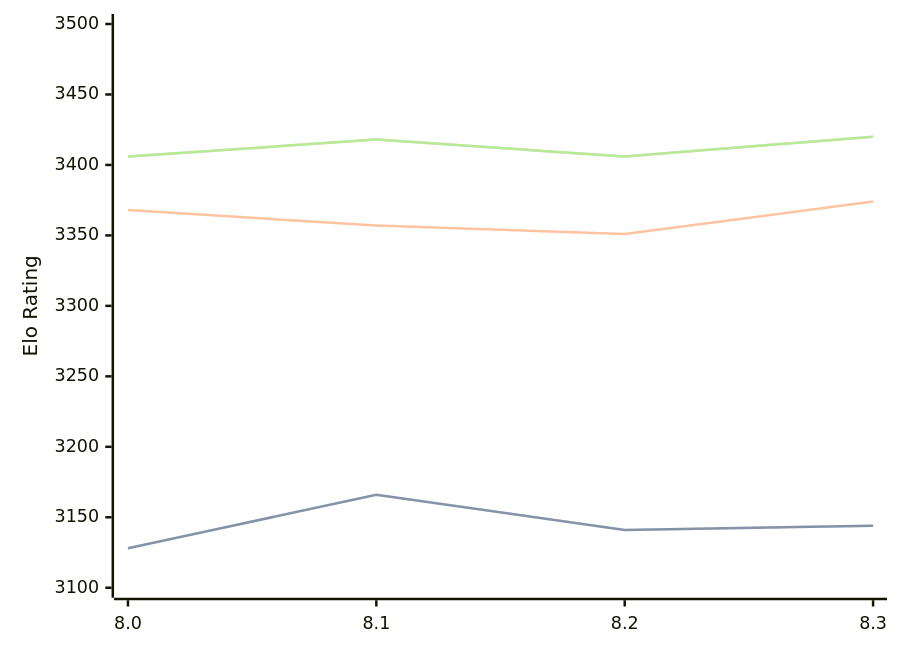
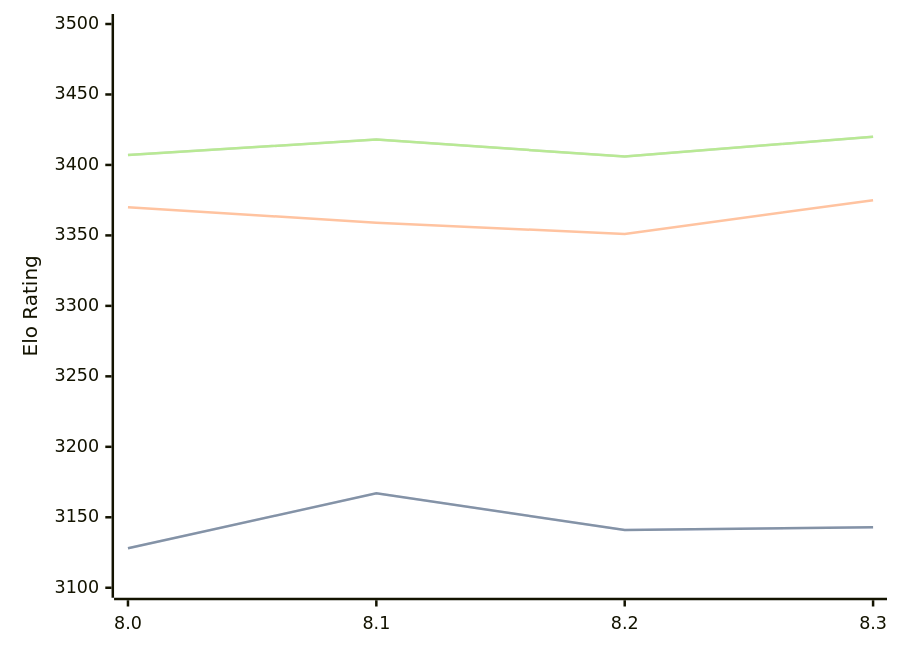
Before and after one commit to computer-chess-index/cci: the diagram in engines/Alexander.md, drawn with Mermaid. The commit also changed other lines of this file, not shown here.

Commit message:
Update CCI Ratings (ELO VLTC) - 2026-07-31

````diff
--- a/engines/Alexander.md
+++ b/engines/Alexander.md
@@ -48,11 +48,11 @@
 ```mermaid
 %%{init: {"theme":"base","themeVariables":{"seriesColors:['#a3a3a3','#222221','#faa371']}}}%%
 xychart-beta
   x-axis ["8.0", "8.1", "8.2", "8.3"]
   y-axis "Elo Rating" 3100 --> 3500
-  line "STC (8.0+0.08s)" [3128, 3166, 3141, 3144]
-  line "STC (8.0+0.08s)" [3128, 3166, 3141, 3144]
-  line "LTC (60.0+0.60s)" [3368, 3357, 3351, 3374]
-  line "VLTC (2m24s+1.12s)" [3406, 3418, 3406, 3420]
-  line "VLTC (2m24s+1.12s)" [3406, 3418, 3406, 3420]
+  line "STC (8.0+0.08s)" [3128, 3167, 3141, 3143]
+  line "STC (8.0+0.08s)" [3128, 3167, 3141, 3143]
+  line "LTC (60.0+0.60s)" [3370, 3359, 3351, 3375]
+  line "VLTC (2m24s+1.12s)" [3407, 3418, 3406, 3420]
+  line "VLTC (2m24s+1.12s)" [3407, 3418, 3406, 3420]
 ```
````
